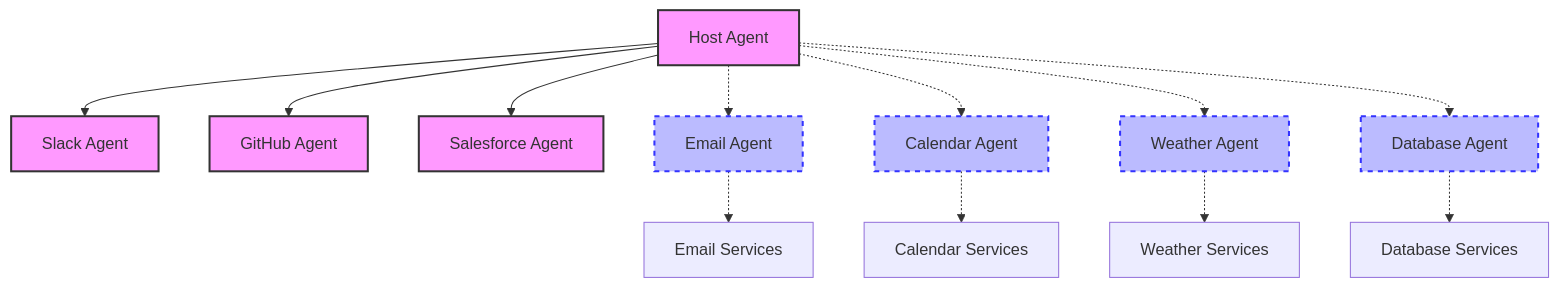
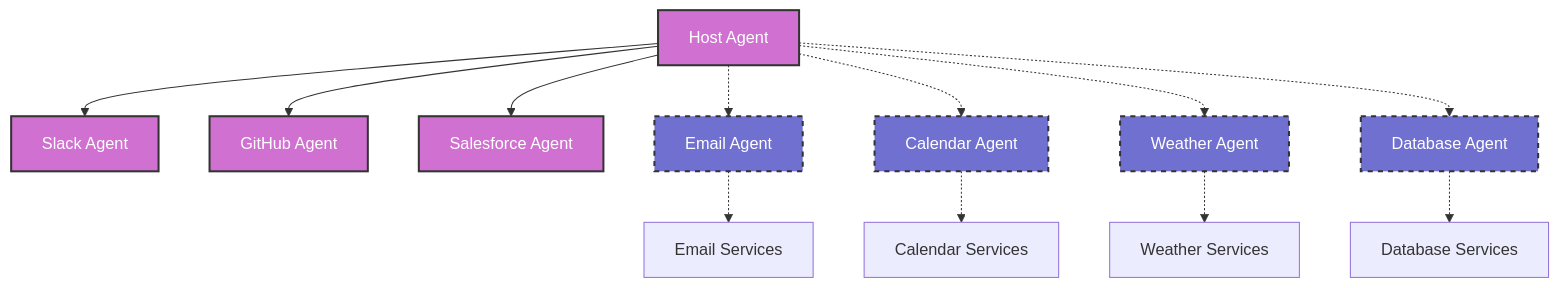
Before and after one commit to DamienBench/a2a-mcp-webhook-workshop: the eighth of 8 diagrams in workshop.md, drawn with Mermaid. The commit also changed other lines of this file and 1 other file, not shown here.

Commit message:
update mermaid chart colors for readability

````diff
--- a/workshop.md
+++ b/workshop.md
@@ -407,22 +407,22 @@
 ```mermaid
 graph TD
     Host[Host Agent] --> SlackAgent[Slack Agent]
     Host --> GitHubAgent[GitHub Agent]
     Host --> SalesforceAgent[Salesforce Agent]
     
     Host -.-> EmailAgent[Email Agent]
     Host -.-> CalendarAgent[Calendar Agent]
     Host -.-> WeatherAgent[Weather Agent]
     Host -.-> DatabaseAgent[Database Agent]
     
     EmailAgent -.-> EmailAPI[Email Services]
     CalendarAgent -.-> CalendarAPI[Calendar Services]
     WeatherAgent -.-> WeatherAPI[Weather Services]
     DatabaseAgent -.-> DBAPI[Database Services]
     
     class Host,SlackAgent,GitHubAgent,SalesforceAgent existing;
     class EmailAgent,CalendarAgent,WeatherAgent,DatabaseAgent new;
     
-    classDef existing fill:#f9f,stroke:#333,stroke-width:2px;
-    classDef new fill:#bbf,stroke:#33f,stroke-width:2px,stroke-dasharray: 5 5;
+    classDef existing fill:#d070d0,stroke:#333,stroke-width:2px,color:#fff;
+    classDef new fill:#7070d0,stroke:#333,stroke-width:2px,color:#fff,stroke-dasharray: 5 5;
 ```
````
